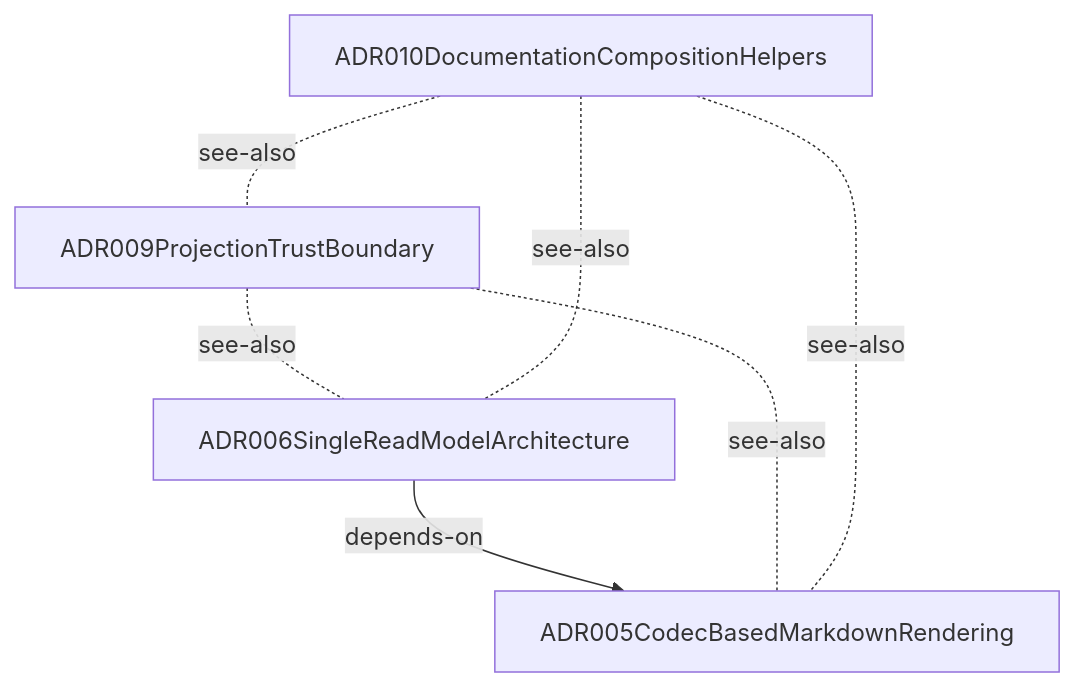
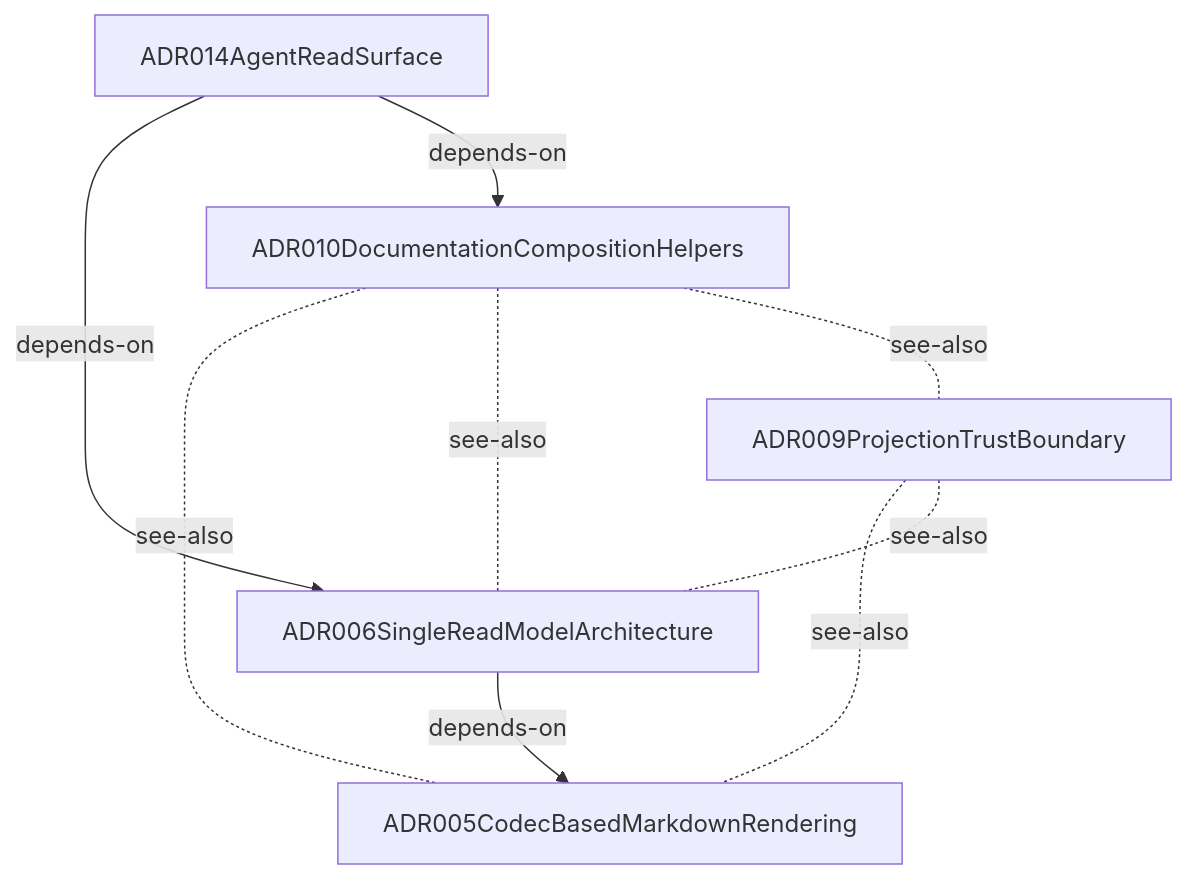
Before and after one commit to libar-dev/architect: the fourth of 6 diagrams in docs-live/architecture/by-theme.md, drawn with Mermaid. The commit also changed other lines of this file and 21 other files, not shown here.

First line of the commit message:
docs(live): regenerate docs-live from the reshaped graph

````diff
--- a/docs-live/architecture/by-theme.md
+++ b/docs-live/architecture/by-theme.md
@@ -48,13 +48,16 @@
 ```mermaid
 graph TD
   adr005codecbasedmarkdownrendering["ADR005CodecBasedMarkdownRendering"]
   adr006singlereadmodelarchitecture["ADR006SingleReadModelArchitecture"]
   adr009projectiontrustboundary["ADR009ProjectionTrustBoundary"]
   adr010documentationcompositionhelpers["ADR010DocumentationCompositionHelpers"]
+  adr014agentreadsurface["ADR014AgentReadSurface"]
   adr006singlereadmodelarchitecture -->|depends-on| adr005codecbasedmarkdownrendering
   adr009projectiontrustboundary -. see-also .- adr005codecbasedmarkdownrendering
   adr009projectiontrustboundary -. see-also .- adr006singlereadmodelarchitecture
   adr010documentationcompositionhelpers -. see-also .- adr005codecbasedmarkdownrendering
   adr010documentationcompositionhelpers -. see-also .- adr006singlereadmodelarchitecture
   adr010documentationcompositionhelpers -. see-also .- adr009projectiontrustboundary
+  adr014agentreadsurface -->|depends-on| adr006singlereadmodelarchitecture
+  adr014agentreadsurface -->|depends-on| adr010documentationcompositionhelpers
 ```
````
